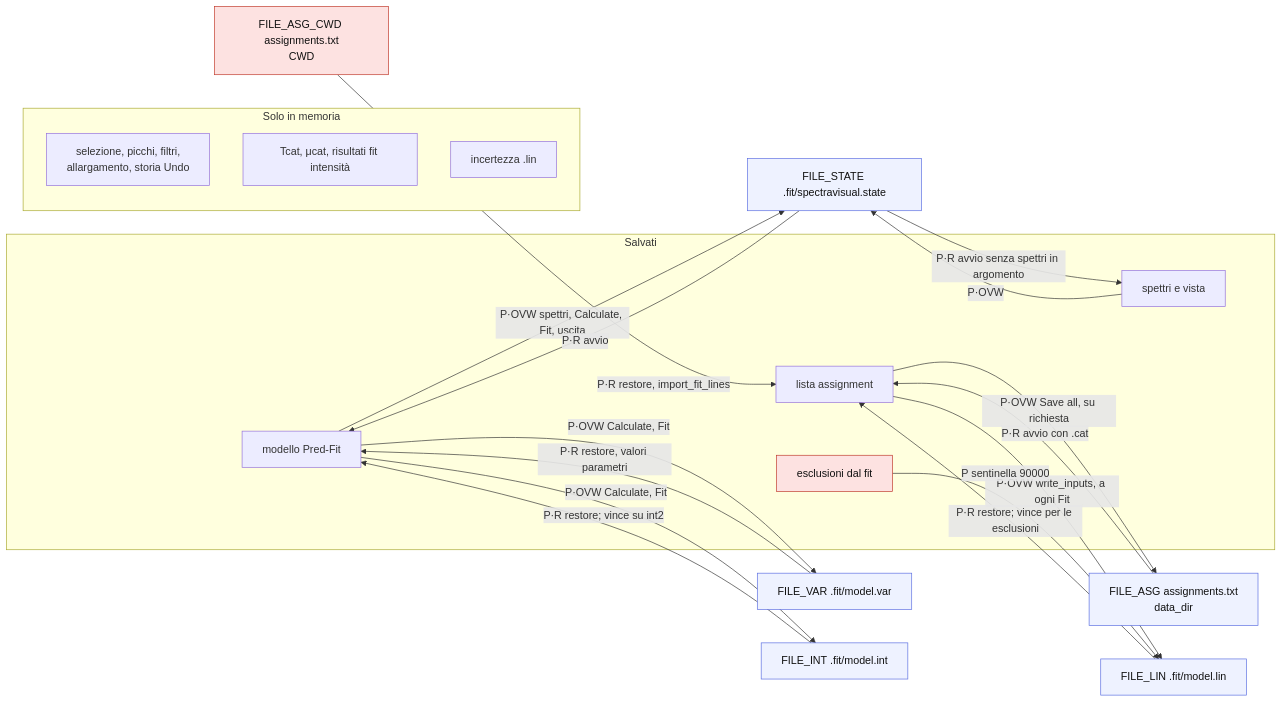
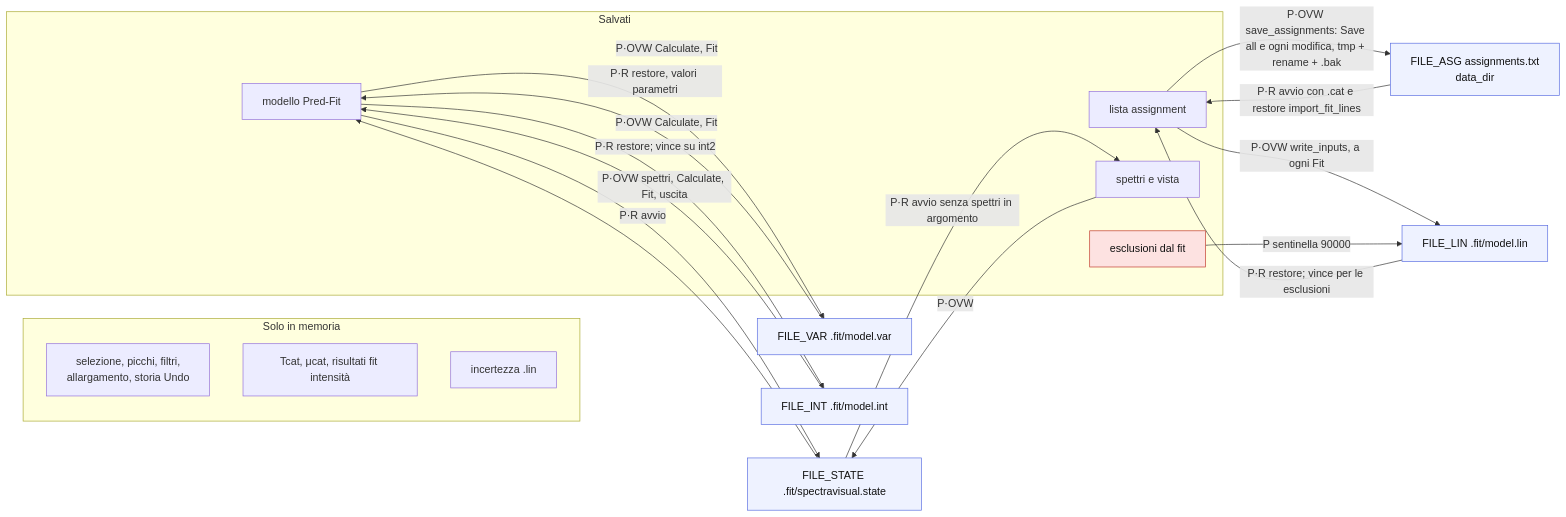
The seventh of 14 diagrams in docs/audit/README.md (baroncellif/spectravisual), drawn with Mermaid before and after one commit. The commit also changed other lines of this file and 17 other files, not shown here.

````diff
--- a/docs/audit/README.md
+++ b/docs/audit/README.md
@@ -996,40 +1001,38 @@
 ```mermaid
 flowchart LR
   subgraph MEMORIA["Solo in memoria"]
     M_SEL["selezione, picchi, filtri,<br/>allargamento, storia Undo"]
     M_TMU["Tcat, μcat, risultati fit intensità"]
     M_LE["incertezza .lin"]
   end
   subgraph SALVATI["Salvati"]
     S_ASG_P["lista assignment"]
     S_PF_P["modello Pred-Fit"]
     S_SPEC_P["spettri e vista"]
     S_FLAG_P["esclusioni dal fit"]
   end
   FILE_ASG["FILE_ASG assignments.txt<br/>data_dir"]
-  FILE_ASG_CWD["FILE_ASG_CWD assignments.txt<br/>CWD"]
   FILE_LIN["FILE_LIN .fit/model.lin"]
   FILE_STATE["FILE_STATE .fit/spectravisual.state"]
   FILE_VAR["FILE_VAR .fit/model.var"]
   FILE_INT["FILE_INT .fit/model.int"]
 
-  S_ASG_P -->|"P·OVW Save all, su richiesta"| FILE_ASG
+  S_ASG_P -->|"P·OVW save_assignments: Save all e ogni modifica, tmp + rename + .bak"| FILE_ASG
   S_ASG_P -->|"P·OVW write_inputs, a ogni Fit"| FILE_LIN
   S_FLAG_P -->|"P sentinella 90000"| FILE_LIN
-  FILE_ASG -->|"P·R avvio con .cat"| S_ASG_P
-  FILE_ASG_CWD -->|"P·R restore, import_fit_lines"| S_ASG_P
+  FILE_ASG -->|"P·R avvio con .cat e restore import_fit_lines"| S_ASG_P
   FILE_LIN -->|"P·R restore; vince per le esclusioni"| S_ASG_P
   S_PF_P -->|"P·OVW spettri, Calculate, Fit, uscita"| FILE_STATE
   S_SPEC_P -->|"P·OVW"| FILE_STATE
   FILE_STATE -->|"P·R avvio"| S_PF_P
   FILE_STATE -->|"P·R avvio senza spettri in argomento"| S_SPEC_P
   S_PF_P -->|"P·OVW Calculate, Fit"| FILE_VAR
   S_PF_P -->|"P·OVW Calculate, Fit"| FILE_INT
   FILE_VAR -->|"P·R restore, valori parametri"| S_PF_P
   FILE_INT -->|"P·R restore; vince su int2"| S_PF_P
 
   classDef bad fill:#fde2e1,stroke:#c0392b,color:#111
   classDef file fill:#eef2ff,stroke:#5b6ee1,color:#111
-  class FILE_ASG_CWD,S_FLAG_P bad
+  class S_FLAG_P bad
   class FILE_ASG,FILE_LIN,FILE_STATE,FILE_VAR,FILE_INT file
 ```
````
